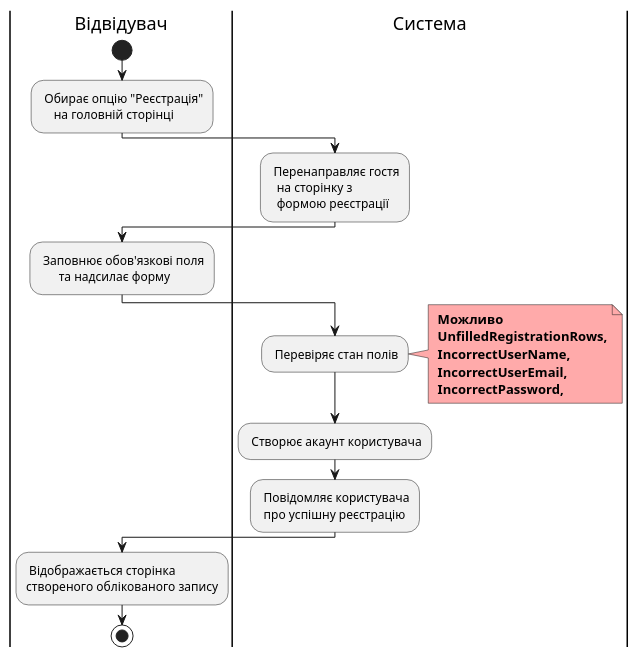
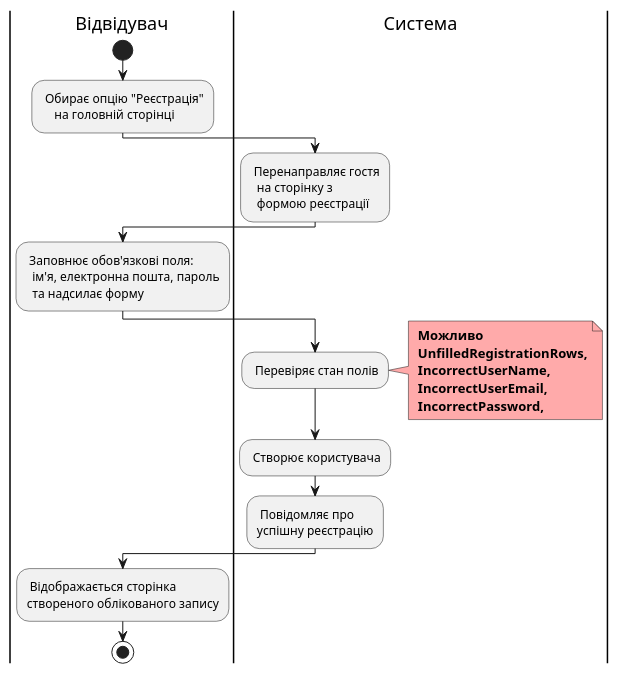
Before and after one commit to dimatortik/db-course-theme2: the diagram in docs/use cases/puml/use-case-07.puml, drawn with PlantUML.

Commit message:
Update use-case-07.puml
edit uml 7 and 8

```diff
--- a/docs/use cases/puml/use-case-07.puml
+++ b/docs/use cases/puml/use-case-07.puml
@@ -9,32 +9,33 @@
 @startuml
 
     |Відвідувач|
         start
         : Обирає опцію "Реєстрація" 
             на головній сторінці;
     |Система|
         : Перенаправляє гостя 
           на сторінку з 
           формою реєстрації;
     |Відвідувач|
-        : Заповнює обов'язкові поля 
-              та надсилає форму;
+        : Заповнює обов'язкові поля:
+          ім'я, електронна пошта, пароль
+          та надсилає форму;
     |Система|
         : Перевіряє стан полів;
         note right #ffaaaa
         <b> Можливо
         <b> UnfilledRegistrationRows,
         <b> IncorrectUserName,
         <b> IncorrectUserEmail,
         <b> IncorrectPassword,
         end note
         
-        : Створює акаунт користувача;
-        : Повідомляє користувача 
-         про успішну реєстрацію;
+        : Створює користувача;
+        : Повідомляє про 
+        успішну реєстрацію;
     |Відвідувач|
         : Відображається сторінка 
         створеного облікованого запису;
         stop;
 
 @enduml
```
